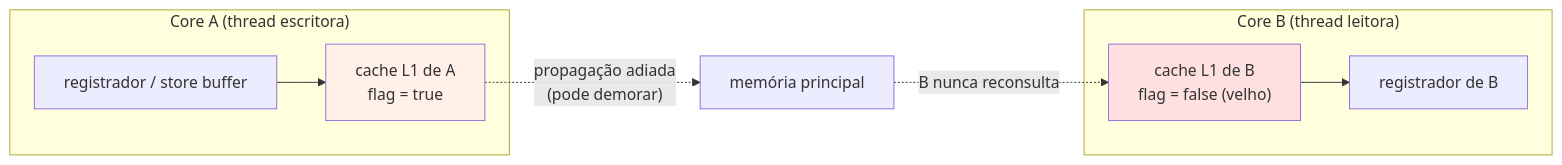
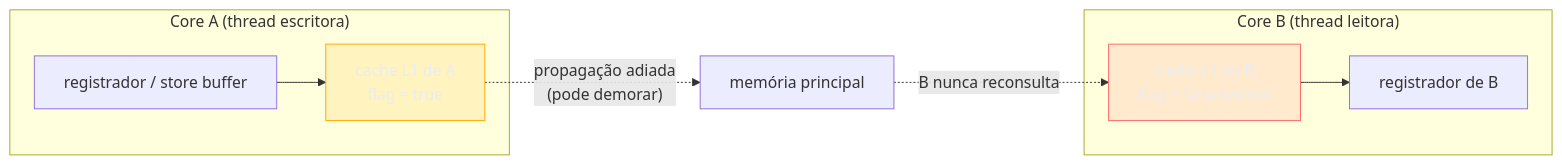
The second of 8 diagrams in 03-Dominios/Ciência/Concorrência e Paralelismo/04 - Atomicidade, visibilidade e ordenação.md (josenaldo/codex-technomanticus), drawn with Mermaid before and after one commit. The commit also changed other lines of this file and 1181 other files, not shown here.

First line of the commit message:
fix(diagramas): paleta do sistema no lugar de cor cravada no markdown

````diff
--- a/03-Dominios/Ciência/Concorrência e Paralelismo/04 - Atomicidade, visibilidade e ordenação.md
+++ b/03-Dominios/Ciência/Concorrência e Paralelismo/04 - Atomicidade, visibilidade e ordenação.md
@@ -75,13 +78,15 @@
 ```mermaid
 flowchart LR
+    classDef destaque fill:#FFAA0024,stroke:#FFAA00,color:#E9ECF2
+    classDef falha fill:#FF6B6B24,stroke:#FF6B6B,color:#E9ECF2
     subgraph CoreA["Core A (thread escritora)"]
         RA["registrador / store buffer"] --> CA["cache L1 de A<br/>flag = true"]
     end
     subgraph CoreB["Core B (thread leitora)"]
         CB["cache L1 de B<br/>flag = false (velho)"] --> RB["registrador de B"]
     end
     CA -. "propagação adiada<br/>(pode demorar)" .-> MEM["memória principal"]
     MEM -. "B nunca reconsulta" .-> CB
-    style CA fill:#fff0e8
-    style CB fill:#ffe0e0
+    class CA destaque
+    class CB falha
 ```
````
